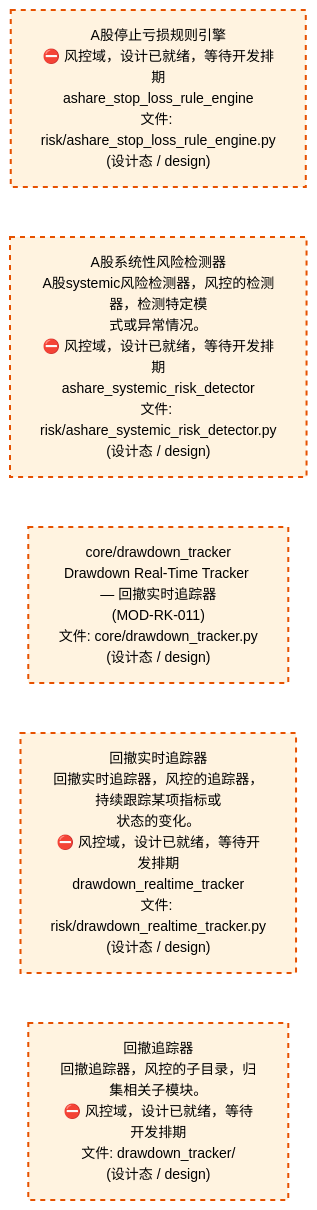
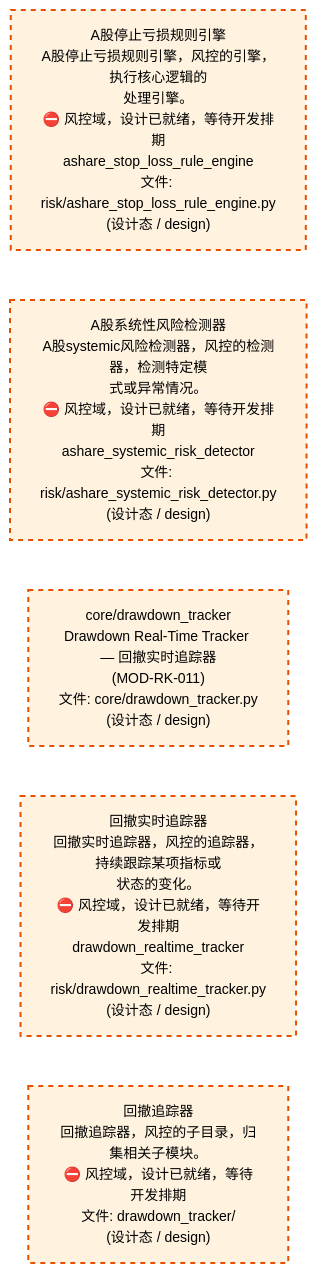
One commit to xuanFelixVan/ZephyrAlpha changed the third of 4 diagrams in docs/02_enterprise_architecture/02_domain_architecture_docs/65_d_risk.md. Above: the diagram before and after it, drawn with Mermaid. The commit also changed other lines of this file and 58 other files, not shown here.

````diff
--- a/docs/02_enterprise_architecture/02_domain_architecture_docs/65_d_risk.md
+++ b/docs/02_enterprise_architecture/02_domain_architecture_docs/65_d_risk.md
@@ -183,18 +183,18 @@
 ```mermaid
 %%{init: {'theme': 'base', 'themeVariables': {'primaryColor': '#eaeaea', 'primaryTextColor': '#333333', 'primaryBorderColor': '#666666', 'lineColor': '#666666', 'secondaryColor': '#eaeaea', 'tertiaryColor': '#eaeaea', 'fontSize': '14px'}}}%%
 flowchart TD
-    src_zephyr_risk_ashare_stop_loss_rule_engine_py["A股停止亏损规则引擎<br/>⛔ 风控域，设计已就绪，等待开发排期<br/>ashare_stop_loss_rule_engine<br/>文件: risk/ashare_stop_loss_rule_engine.py<br/>(设计态 / design)"]
+    src_zephyr_risk_ashare_stop_loss_rule_engine_py["A股停止亏损规则引擎<br/>A股停止亏损规则引擎，风控的引擎，执行核心逻辑的<br/>处理引擎。<br/>⛔ 风控域，设计已就绪，等待开发排期<br/>ashare_stop_loss_rule_engine<br/>文件: risk/ashare_stop_loss_rule_engine.py<br/>(设计态 / design)"]
     src_zephyr_risk_ashare_systemic_risk_detector_py["A股系统性风险检测器<br/>A股systemic风险检测器，风控的检测器，检测特定模<br/>式或异常情况。<br/>⛔ 风控域，设计已就绪，等待开发排期<br/>ashare_systemic_risk_detector<br/>文件: risk/ashare_systemic_risk_detector.py<br/>(设计态 / design)"]
     src_zephyr_risk_core_drawdown_tracker_py["core/drawdown_tracker<br/>Drawdown Real-Time Tracker — 回撤实时追踪器<br/>(MOD-RK-011)<br/>文件: core/drawdown_tracker.py<br/>(设计态 / design)"]
     src_zephyr_risk_drawdown_realtime_tracker_py["回撤实时追踪器<br/>回撤实时追踪器，风控的追踪器，持续跟踪某项指标或<br/>状态的变化。<br/>⛔ 风控域，设计已就绪，等待开发排期<br/>drawdown_realtime_tracker<br/>文件: risk/drawdown_realtime_tracker.py<br/>(设计态 / design)"]
     src_zephyr_risk_drawdown_tracker["回撤追踪器<br/>回撤追踪器，风控的子目录，归集相关子模块。<br/>⛔ 风控域，设计已就绪，等待开发排期<br/>文件: drawdown_tracker/<br/>(设计态 / design)"]
     src_zephyr_risk_ashare_stop_loss_rule_engine_py ~~~ src_zephyr_risk_ashare_systemic_risk_detector_py
     src_zephyr_risk_ashare_systemic_risk_detector_py ~~~ src_zephyr_risk_core_drawdown_tracker_py
     src_zephyr_risk_core_drawdown_tracker_py ~~~ src_zephyr_risk_drawdown_realtime_tracker_py
     src_zephyr_risk_drawdown_realtime_tracker_py ~~~ src_zephyr_risk_drawdown_tracker
     classDef production fill:#e1f5fe,stroke:#01579b,stroke-width:2px,color:#000
     classDef design fill:#fff3e0,stroke:#e65100,stroke-width:2px,color:#000,stroke-dasharray: 5 5
     classDef external_prod fill:#e8f4fd,stroke:#0277bd,stroke-width:1px,color:#000
     classDef external_design fill:#fff8e7,stroke:#ef6c00,stroke-width:1px,color:#000,stroke-dasharray: 5 5
     class src_zephyr_risk_ashare_stop_loss_rule_engine_py,src_zephyr_risk_ashare_systemic_risk_detector_py,src_zephyr_risk_core_drawdown_tracker_py,src_zephyr_risk_drawdown_realtime_tracker_py,src_zephyr_risk_drawdown_tracker design
 ```
````
